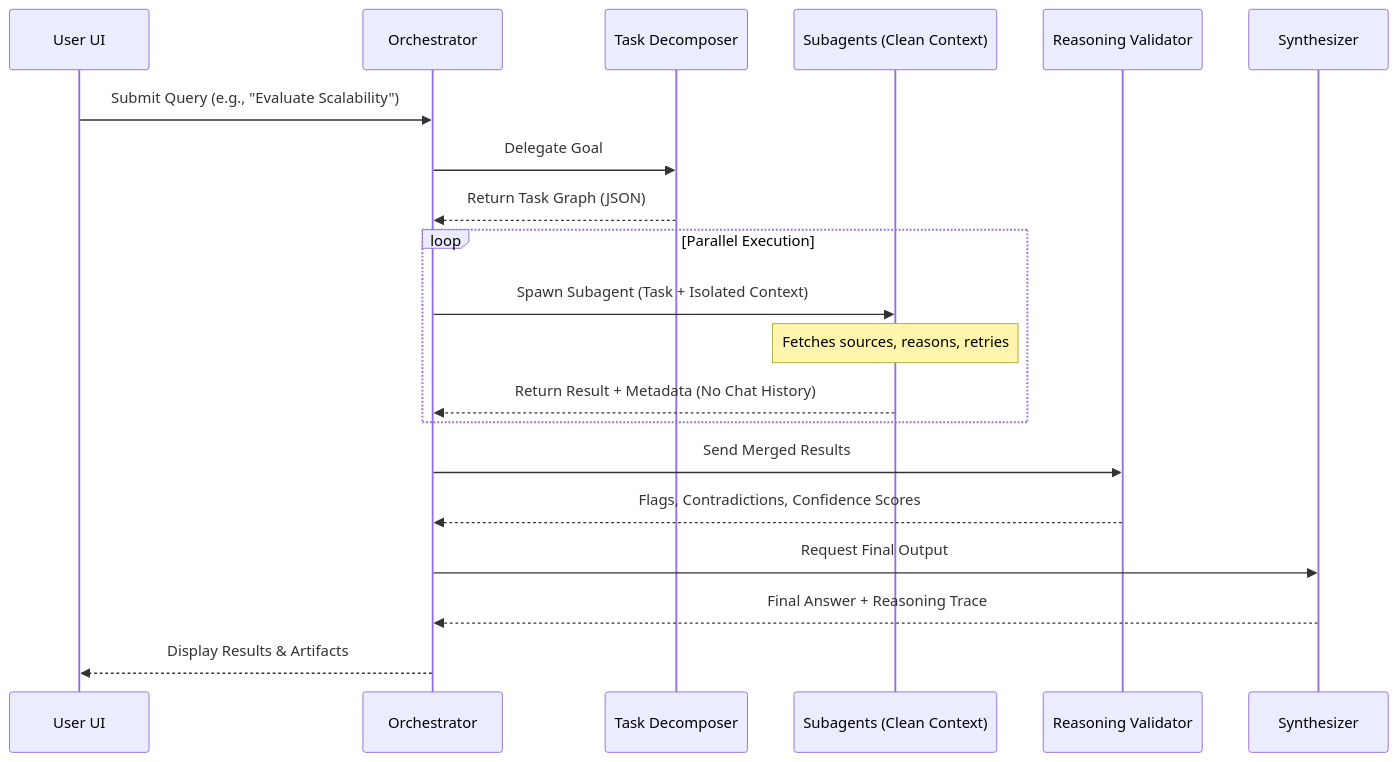
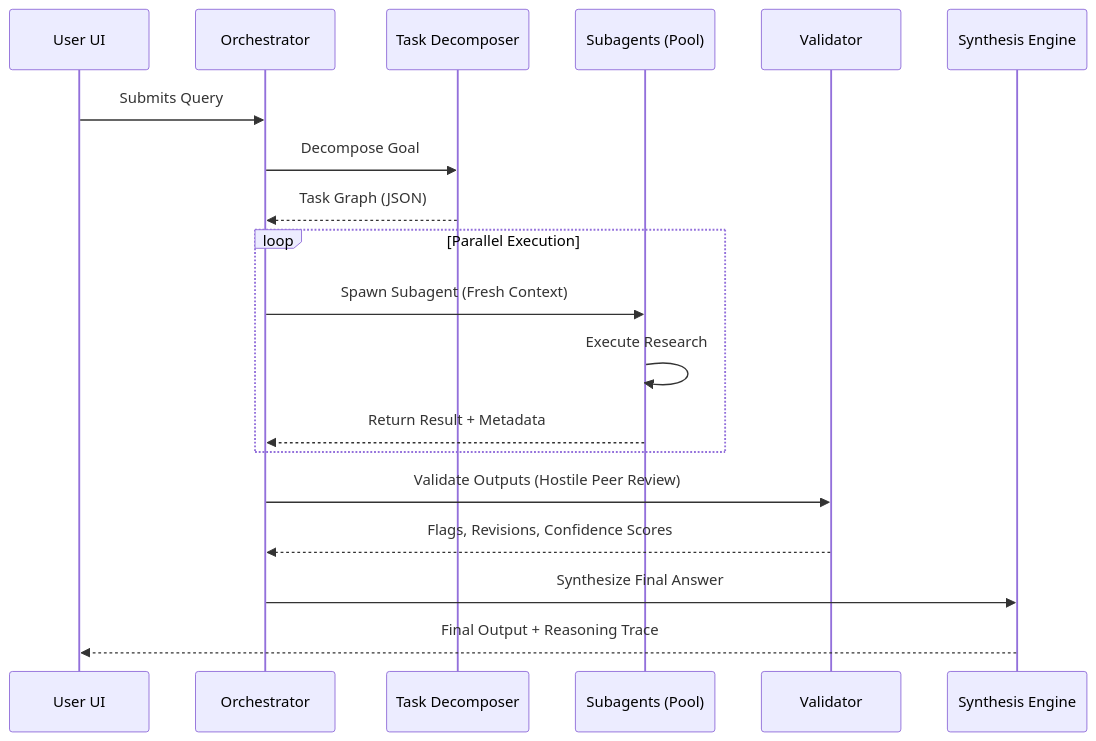
The diagram in README.md (RavaniRoshan/AXiOM), drawn with Mermaid before and after one commit. The commit also changed other lines of this file and 1 other file, not shown here.

First line of the commit message:
Update README.md with AXIOM-ONE product definition and diagrams

````diff
--- a/README.md
+++ b/README.md
@@ -37,26 +36,25 @@
 ```mermaid
 sequenceDiagram
     participant U as User UI
     participant O as Orchestrator
     participant TD as Task Decomposer
-    participant SA as Subagents (Clean Context)
-    participant V as Reasoning Validator
-    participant S as Synthesizer
+    participant S as Subagents (Pool)
+    participant V as Validator
+    participant SE as Synthesis Engine
 
-    U->>O: Submit Query (e.g., "Evaluate Scalability")
-    O->>TD: Delegate Goal
-    TD-->>O: Return Task Graph (JSON)
+    U->>O: Submits Query
+    O->>TD: Decompose Goal
+    TD-->>O: Task Graph (JSON)
 
     loop Parallel Execution
-        O->>SA: Spawn Subagent (Task + Isolated Context)
-        Note over SA: Fetches sources, reasons, retries
-        SA-->>O: Return Result + Metadata (No Chat History)
+        O->>S: Spawn Subagent (Fresh Context)
+        S->>S: Execute Research
+        S-->>O: Return Result + Metadata
     end
 
-    O->>V: Send Merged Results
-    V-->>O: Flags, Contradictions, Confidence Scores
+    O->>V: Validate Outputs (Hostile Peer Review)
+    V-->>O: Flags, Revisions, Confidence Scores
 
-    O->>S: Request Final Output
-    S-->>O: Final Answer + Reasoning Trace
-    O-->>U: Display Results & Artifacts
+    O->>SE: Synthesize Final Answer
+    SE-->>U: Final Output + Reasoning Trace
 ```
````
